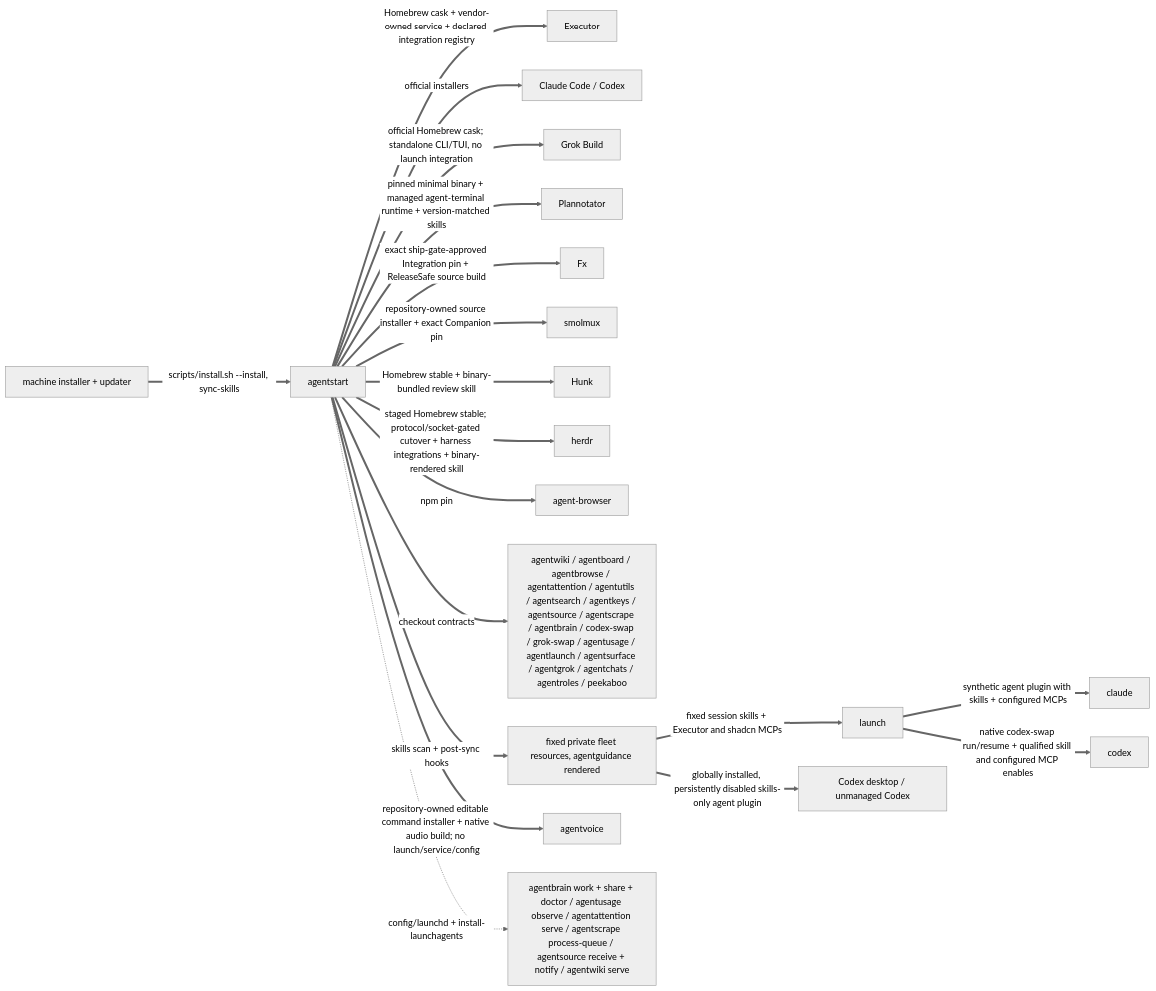
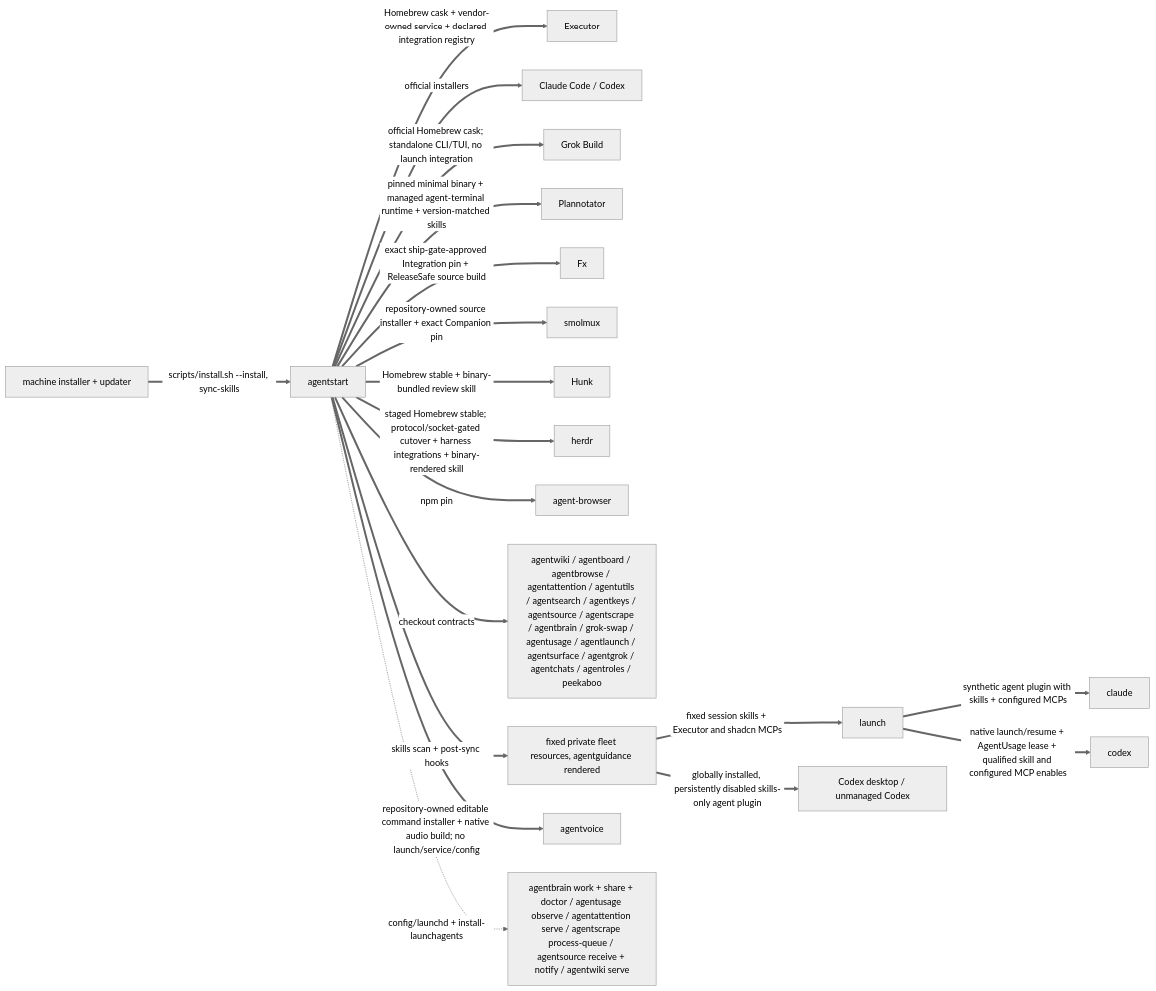
The second of 3 diagrams in skills/fleet/MAP.md (possibilities/agentstart), drawn with Mermaid (neutral theme) before and after one commit. The commit also changed other lines of this file and 11 other files, not shown here.

Commit message:
Converge owned AgentUsage accounts without Claude or Codex swap prerequisites

````diff
--- a/skills/fleet/MAP.md
+++ b/skills/fleet/MAP.md
@@ -111,24 +104,24 @@
 ```mermaid
 flowchart LR
     machine[machine installer + updater]
     start[agentstart]
 
     machine ==>|scripts/install.sh --install, sync-skills| start
     start ==>|Homebrew cask + vendor-owned service + declared integration registry| executor[Executor]
     start ==>|official installers| harnesses[Claude Code / Codex]
     start ==>|official Homebrew cask; standalone CLI/TUI, no launch integration| grok[Grok Build]
     start ==>|pinned minimal binary + managed agent-terminal runtime + version-matched skills| plannotator[Plannotator]
     start ==>|exact ship-gate-approved Integration pin + ReleaseSafe source build| fx[Fx]
     start ==>|repository-owned source installer + exact Companion pin| smolmuxInstall[smolmux]
     start ==>|Homebrew stable + binary-bundled review skill| hunk[Hunk]
     start ==>|staged Homebrew stable; protocol/socket-gated cutover + harness integrations + binary-rendered skill| herdrInstall[herdr]
     start ==>|npm pin| browser[agent-browser]
-    start ==>|checkout contracts| fleet[agentwiki / agentboard / agentbrowse / agentattention / agentutils / agentsearch / agentkeys / agentsource / agentscrape / agentbrain / codex-swap / grok-swap / agentusage / agentlaunch / agentsurface / agentgrok / agentchats / agentroles / peekaboo]
+    start ==>|checkout contracts| fleet[agentwiki / agentboard / agentbrowse / agentattention / agentutils / agentsearch / agentkeys / agentsource / agentscrape / agentbrain / grok-swap / agentusage / agentlaunch / agentsurface / agentgrok / agentchats / agentroles / peekaboo]
     start ==>|skills scan + post-sync hooks| skills[fixed private fleet resources, agentguidance rendered]
     start ==>|repository-owned editable command installer + native audio build; no launch/service/config| voiceInstall[agentvoice]
     skills ==>|fixed session skills + Executor and shadcn MCPs| launch
     launch ==>|synthetic agent plugin with skills + configured MCPs| claude
-    launch ==>|native codex-swap run/resume + qualified skill and configured MCP enables| codex
+    launch ==>|native launch/resume + AgentUsage lease + qualified skill and configured MCP enables| codex
     skills ==>|globally installed, persistently disabled skills-only agent plugin| codexDesktop[Codex desktop / unmanaged Codex]
     start -.->|config/launchd + install-launchagents| services[agentbrain work + share + doctor / agentusage observe / agentattention serve / agentscrape process-queue / agentsource receive + notify / agentwiki serve]
 ```
````
